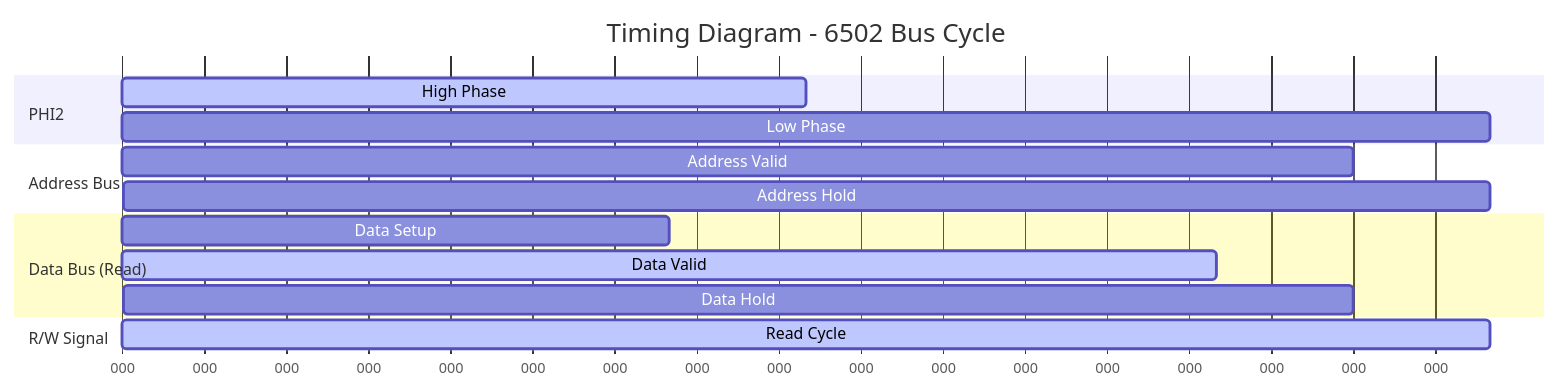
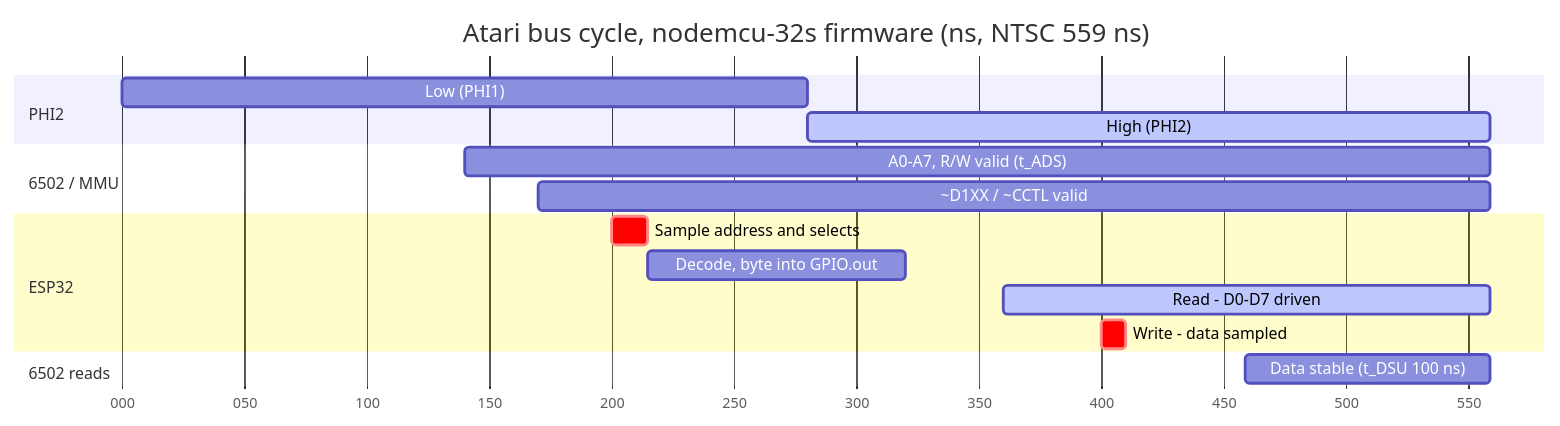
Before and after one commit to gianlucarenzi/ESP32-BOBOARD-5V: the third of 3 diagrams in README_EN.md, drawn with Mermaid. The commit also changed 1 other file, not shown here.

Commit message:
docs: README timing diagram (mermaid gantt) with the real Atari bus cycle, readable ns axis

````diff
--- a/README_EN.md
+++ b/README_EN.md
@@ -476,22 +476,24 @@
 ```mermaid
 gantt
-    title Timing Diagram - 6502 Bus Cycle
-    dateFormat X
+    title Atari bus cycle, nodemcu-32s firmware (ns, NTSC 559 ns)
+    dateFormat x
     axisFormat %L
-    
+    tickInterval 50millisecond
+
     section PHI2
-    High Phase    :active, phi2h, 0, 500
-    Low Phase     :phi2l, 500, 1000
-    
-    section Address Bus
-    Address Valid :addr, 0, 900
-    Address Hold  :addrh, 900, 1000
-    
-    section Data Bus (Read)
-    Data Setup    :data, 100, 400
-    Data Valid    :active, datav, 400, 800
-    Data Hold     :datah, 800, 900
-    
-    section R/W Signal
-    Read Cycle    :active, rw, 0, 1000
+    Low (PHI1)                      :p1, 0, 280
+    High (PHI2)                     :active, p2, 280, 559
+
+    section 6502 / MMU
+    A0-A7, R/W valid (t_ADS)        :a1, 140, 559
+    ~D1XX / ~CCTL valid             :a2, 170, 559
+
+    section ESP32
+    Sample address and selects      :crit, e1, 200, 215
+    Decode, byte into GPIO.out      :e2, 215, 320
+    Read - D0-D7 driven             :active, e3, 360, 559
+    Write - data sampled            :crit, e4, 400, 410
+
+    section 6502 reads
+    Data stable (t_DSU 100 ns)      :d1, 459, 559
 ```
````
